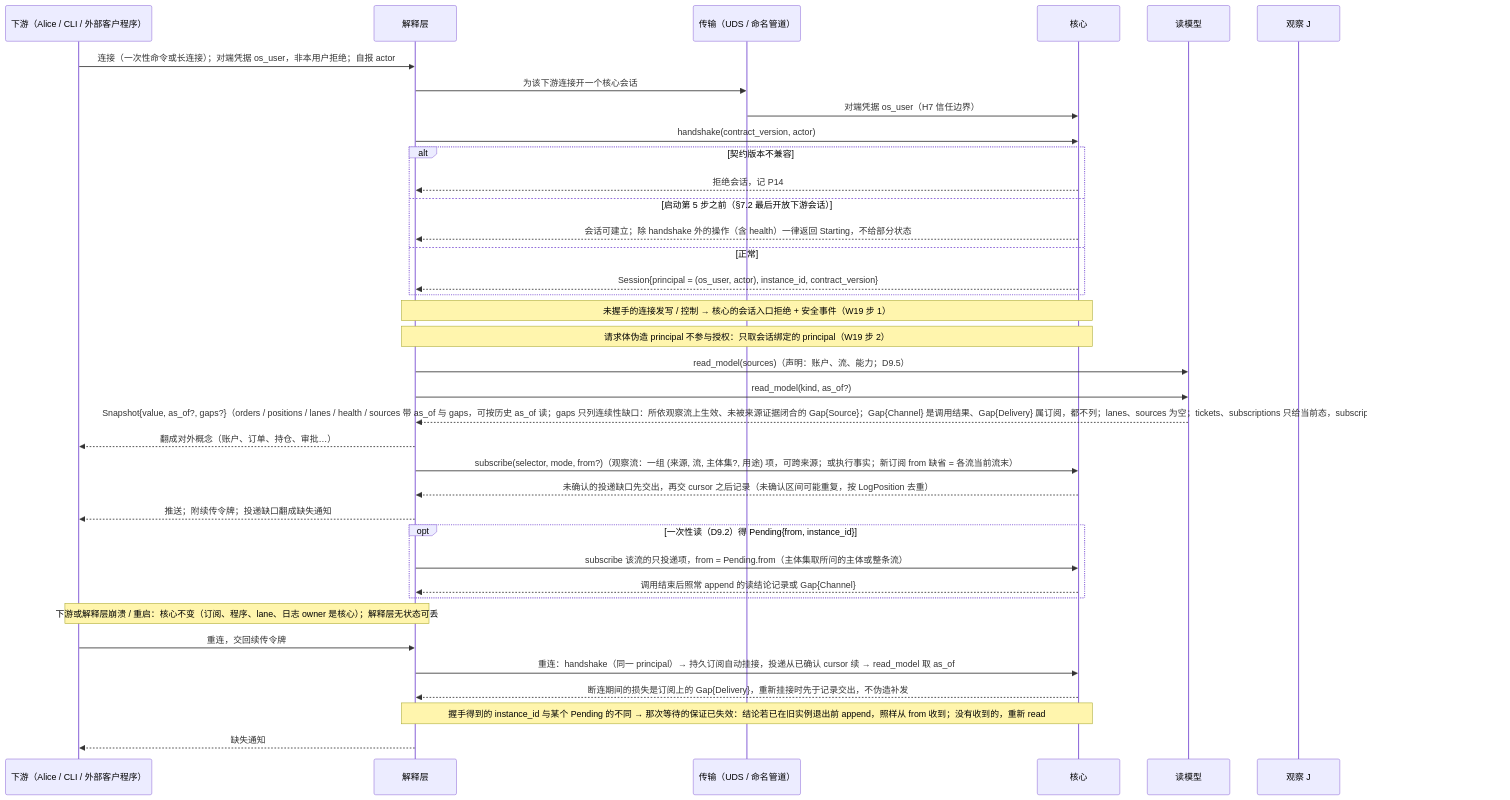
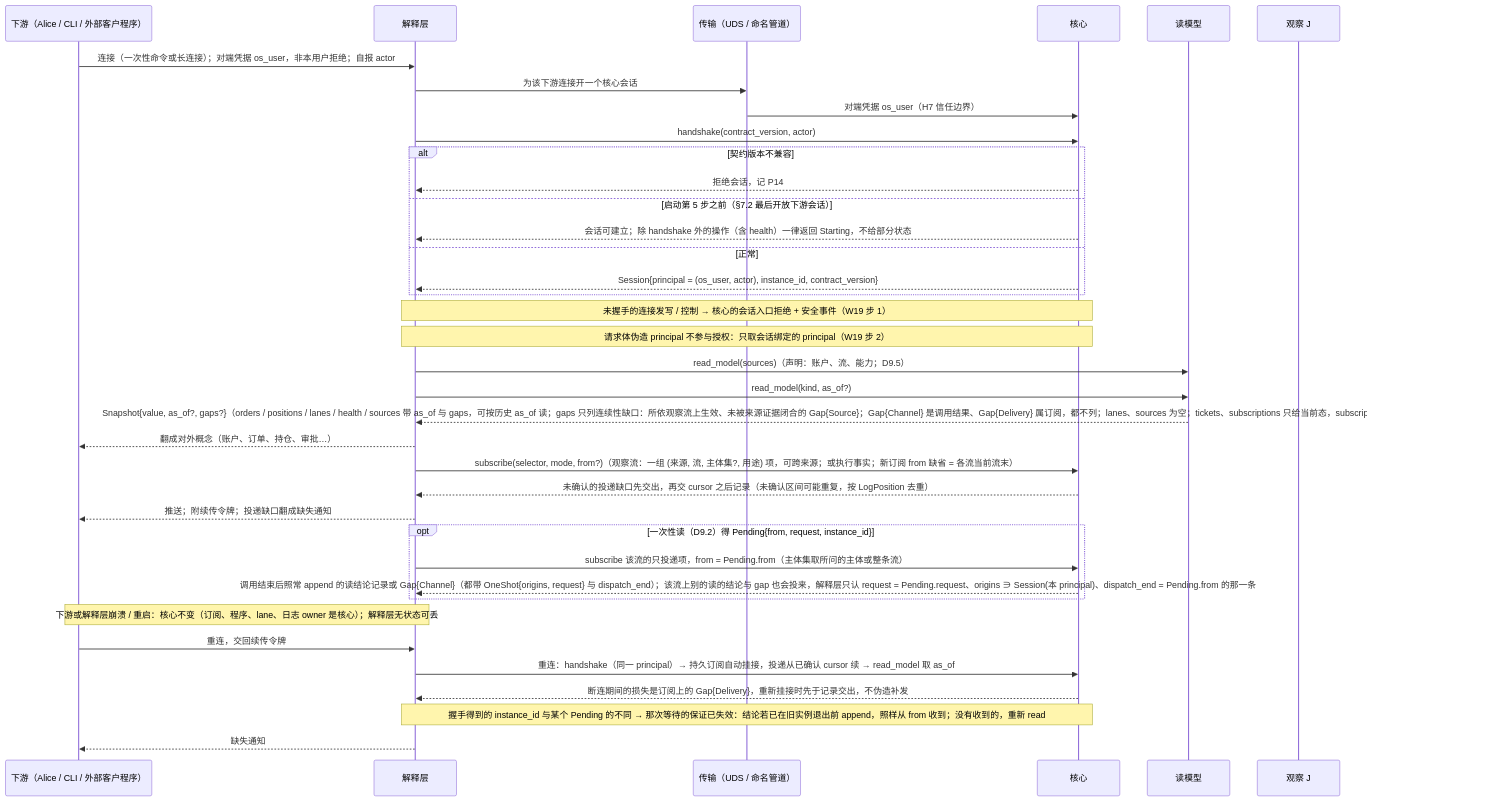
The first of 5 diagrams in design/diagrams/09-alice-session.md (mouriya-s-lab/uta), drawn with Mermaid before and after one commit. The commit also changed other lines of this file and 11 other files, not shown here.

Commit message:
design: no integration spawn during controlled stop, in-progress restart/rotate commit their Applied without starting a run; one-shot read gaps carry request provenance and waiters match by request identity; #54 crash restart; D6.4 result axis

````diff
--- a/design/diagrams/09-alice-session.md
+++ b/design/diagrams/09-alice-session.md
@@ -9,39 +9,39 @@
 ```mermaid
 sequenceDiagram
   participant D as 下游（Alice / CLI / 外部客户程序）
   participant L as 解释层
   participant TR as 传输（UDS / 命名管道）
   participant C as 核心
   participant RM as 读模型
   participant J as 观察 J
   D->>L: 连接（一次性命令或长连接）；对端凭据 os_user，非本用户拒绝；自报 actor
   L->>TR: 为该下游连接开一个核心会话
   TR->>C: 对端凭据 os_user（H7 信任边界）
   L->>C: handshake(contract_version, actor)
   alt 契约版本不兼容
     C-->>L: 拒绝会话，记 P14
   else 启动第 5 步之前（§7.2 最后开放下游会话）
     C-->>L: 会话可建立；除 handshake 外的操作（含 health）一律返回 Starting，不给部分状态
   else 正常
     C-->>L: Session{principal = (os_user, actor), instance_id, contract_version}
   end
   Note over L,C: 未握手的连接发写 / 控制 → 核心的会话入口拒绝 + 安全事件（W19 步 1）
   Note over L,C: 请求体伪造 principal 不参与授权：只取会话绑定的 principal（W19 步 2）
   L->>RM: read_model(sources)（声明：账户、流、能力；D9.5）
   L->>RM: read_model(kind, as_of?)
   RM-->>L: Snapshot{value, as_of?, gaps?}（orders / positions / lanes / health / sources 带 as_of 与 gaps，可按历史 as_of 读；gaps 只列连续性缺口：所依观察流上生效、未被来源证据闭合的 Gap{Source}；Gap{Channel} 是调用结果、Gap{Delivery} 属订阅，都不列；lanes、sources 为空；tickets、subscriptions 只给当前态，subscriptions 逐项列出未确认的投递缺口）
   L-->>D: 翻成对外概念（账户、订单、持仓、审批…）
   L->>C: subscribe(selector, mode, from?)（观察流：一组 (来源, 流, 主体集?, 用途) 项，可跨来源；或执行事实；新订阅 from 缺省 = 各流当前流末）
   C-->>L: 未确认的投递缺口先交出，再交 cursor 之后记录（未确认区间可能重复，按 LogPosition 去重）
   L-->>D: 推送；附续传令牌；投递缺口翻成缺失通知
-  opt 一次性读（D9.2）得 Pending{from, instance_id}
+  opt 一次性读（D9.2）得 Pending{from, request, instance_id}
     L->>C: subscribe 该流的只投递项，from = Pending.from（主体集取所问的主体或整条流）
-    C-->>L: 调用结束后照常 append 的读结论记录或 Gap{Channel}
+    C-->>L: 调用结束后照常 append 的读结论记录或 Gap{Channel}（都带 OneShot{origins, request} 与 dispatch_end）；该流上别的读的结论与 gap 也会投来，解释层只认 request = Pending.request、origins ∋ Session(本 principal)、dispatch_end = Pending.from 的那一条
   end
   Note over D,L: 下游或解释层崩溃 / 重启：核心不变（订阅、程序、lane、日志 owner 是核心）；解释层无状态可丢
   D->>L: 重连，交回续传令牌
   L->>C: 重连：handshake（同一 principal）→ 持久订阅自动挂接，投递从已确认 cursor 续 → read_model 取 as_of
   C-->>L: 断连期间的损失是订阅上的 Gap{Delivery}，重新挂接时先于记录交出，不伪造补发
   Note over L,C: 握手得到的 instance_id 与某个 Pending 的不同 → 那次等待的保证已失效：结论若已在旧实例退出前 append，照样从 from 收到；没有收到的，重新 read
   L-->>D: 缺失通知
 ```
````
